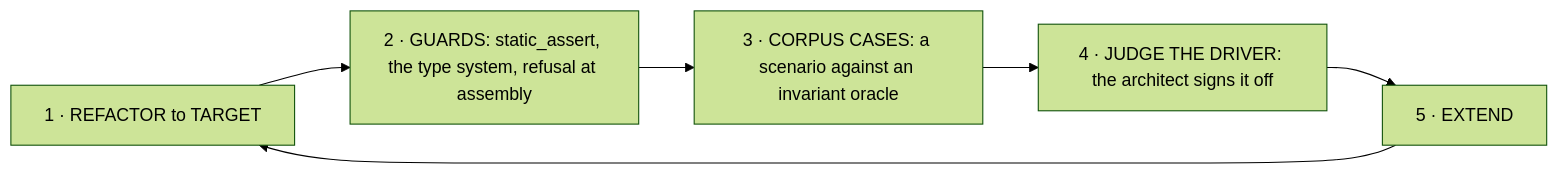
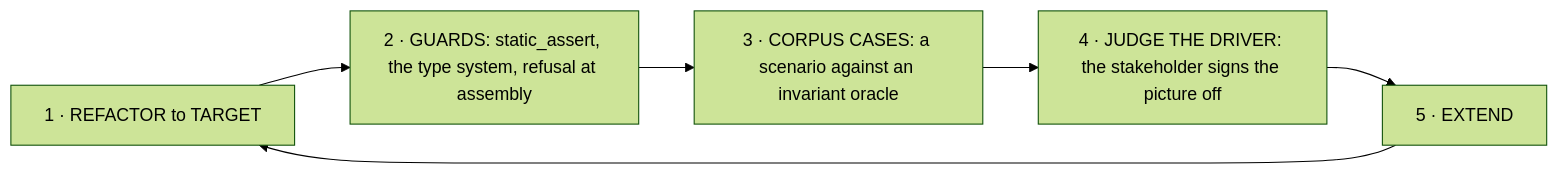
The eighth of 8 diagrams in CLAUDE.md (Weichwolf/outshine), drawn with Mermaid (forest theme) before and after one commit. The commit also changed other lines of this file and 12 other files, not shown here.

````diff
--- a/CLAUDE.md
+++ b/CLAUDE.md
@@ -272,8 +277,8 @@
 ```mermaid
 flowchart LR
   A["1 · REFACTOR to TARGET"] --> B["2 · GUARDS: static_assert, the type system, refusal at assembly"]
   B --> C["3 · CORPUS CASES: a scenario against an invariant oracle"]
-  C --> D["4 · JUDGE THE DRIVER: the architect signs it off"]
+  C --> D["4 · JUDGE THE DRIVER: the stakeholder signs the picture off"]
   D --> E["5 · EXTEND"]
   E --> A
 ```
````
